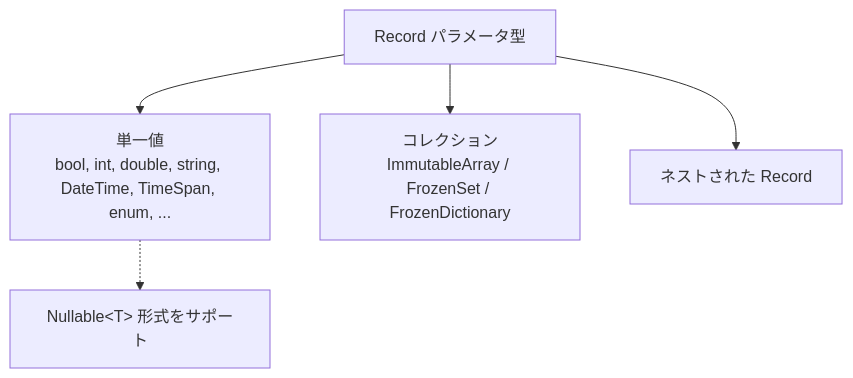
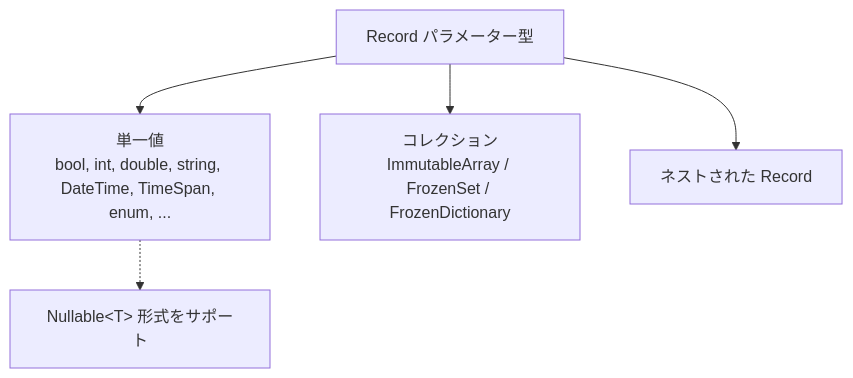
One commit to bluekms/ExcelDataSolution changed the diagram in Docs/ja/05-advanced/01-schemata.md. Above: the diagram before and after it, drawn with Mermaid. The commit also changed other lines of this file and 4 other files, not shown here.

````diff
--- a/Docs/ja/05-advanced/01-schemata.md
+++ b/Docs/ja/05-advanced/01-schemata.md
@@ -44,13 +44,13 @@
 ```mermaid
 flowchart TB
-    Root["Record パラメータ型"]
+    Root["Record パラメーター型"]
     Single["単一値<br/>bool, int, double, string, DateTime, TimeSpan, enum, ..."]
     Collection["コレクション<br/>ImmutableArray / FrozenSet / FrozenDictionary"]
     Nested["ネストされた Record"]
 
     Root --> Single
     Root --> Collection
     Root --> Nested
 
     Single -.-> Nullable["Nullable&lt;T&gt; 形式をサポート"]
 ```
````
